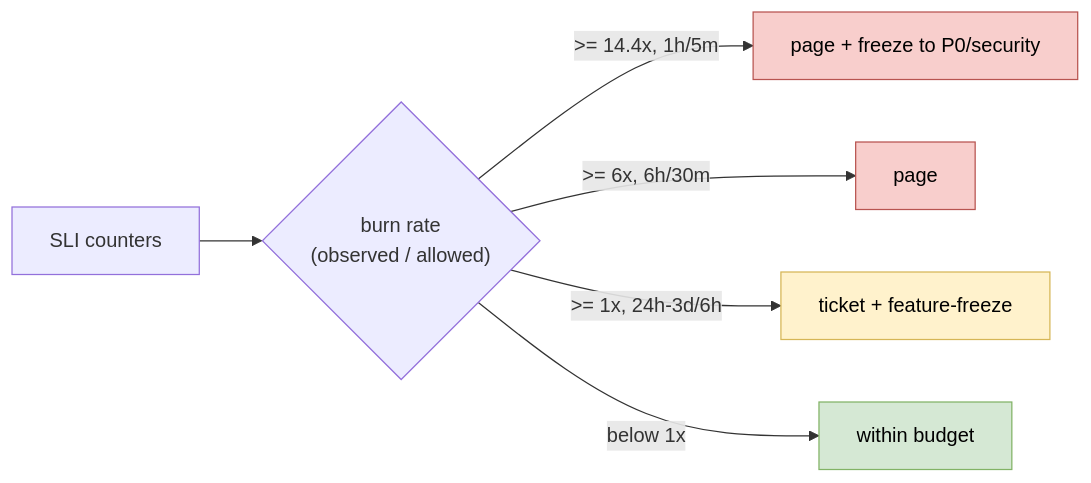
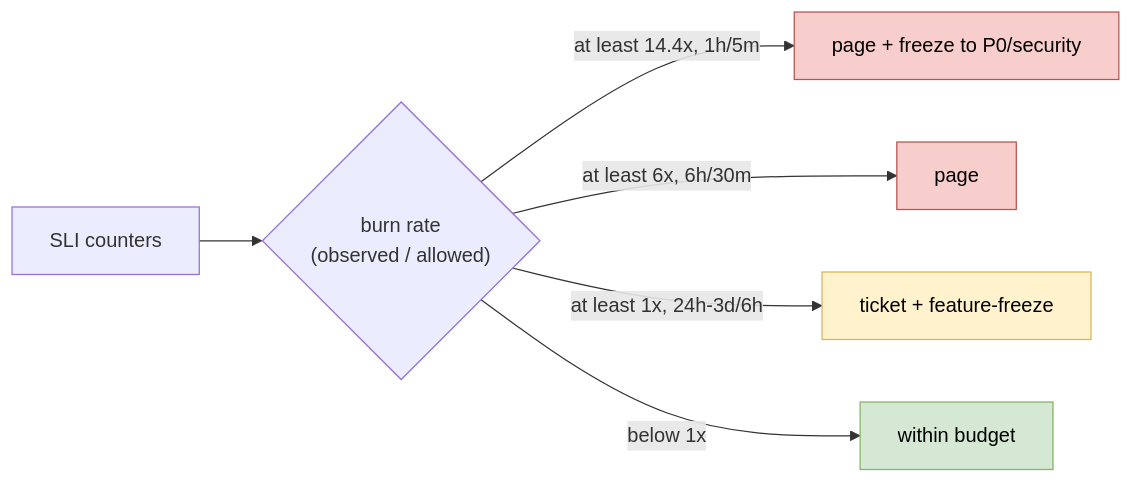
The second of 3 diagrams in docs/design/19-observability-capacity-slo.md (namphuongtran/nami), drawn with Mermaid before and after one commit. The commit also changed other lines of this file and 1 other file, not shown here.

````diff
--- a/docs/design/19-observability-capacity-slo.md
+++ b/docs/design/19-observability-capacity-slo.md
@@ -263,11 +358,11 @@
 ```mermaid
 flowchart LR
   M["SLI counters"] --> B{"burn rate<br/>(observed / allowed)"}
-  B -->|">= 14.4x, 1h/5m"| F["page + freeze to P0/security"]:::bad
-  B -->|">= 6x, 6h/30m"| P["page"]:::bad
-  B -->|">= 1x, 24h-3d/6h"| T["ticket + feature-freeze"]:::wait
+  B -->|"at least 14.4x, 1h/5m"| F["page + freeze to P0/security"]:::bad
+  B -->|"at least 6x, 6h/30m"| P["page"]:::bad
+  B -->|"at least 1x, 24h-3d/6h"| T["ticket + feature-freeze"]:::wait
   B -->|"below 1x"| G["within budget"]:::ok
   classDef ok fill:#d5e8d4,stroke:#82b366,color:#000000;
   classDef bad fill:#f8cecc,stroke:#b85450,color:#000000;
   classDef wait fill:#fff2cc,stroke:#d6b656,color:#000000;
 ```
````
